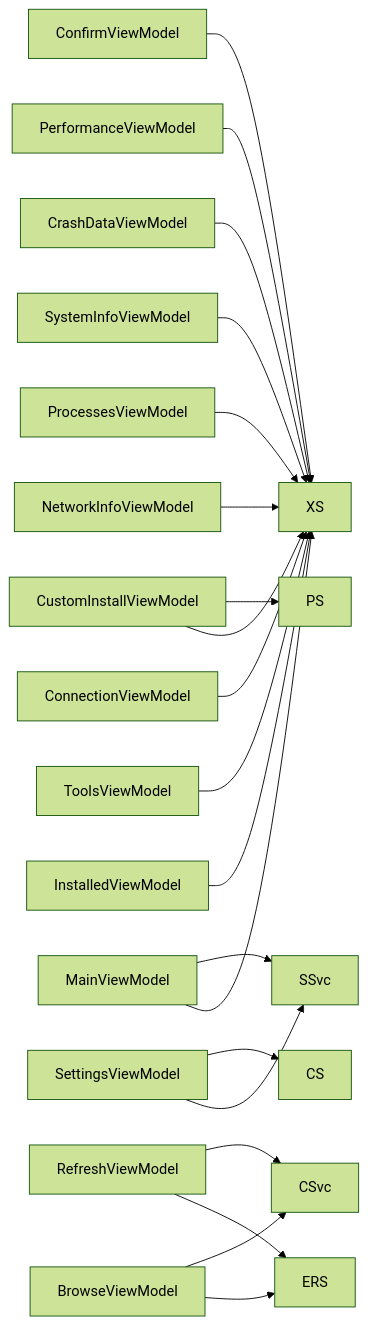
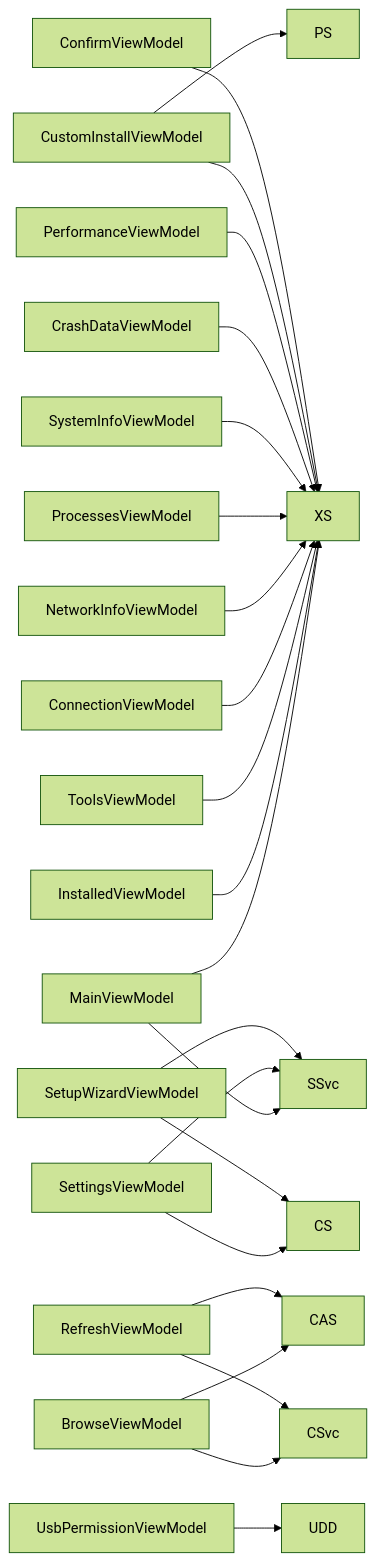
The fourth of 5 diagrams in docs/architecture.md (marcelofrau/xb-homebrew-vault), drawn with Mermaid (forest theme) before and after one commit. The commit also changed other lines of this file and 15 other files, not shown here.

````diff
--- a/docs/architecture.md
+++ b/docs/architecture.md
@@ -114,22 +146,25 @@
 ```mermaid
 graph LR
     MVM[MainViewModel] --> XS
     MVM --> SSvc
-    BVM[BrowseViewModel] --> ERS
+    BVM[BrowseViewModel] --> CAS
     BVM --> CSvc
     IVM[InstalledViewModel] --> XS
     SVM[SettingsViewModel] --> SSvc
     SVM --> CS
     TVM[ToolsViewModel] --> XS
     CVM[ConnectionViewModel] --> XS
     NIVM[NetworkInfoViewModel] --> XS
     PVM[ProcessesViewModel] --> XS
     SIVM[SystemInfoViewModel] --> XS
     CDVM[CrashDataViewModel] --> XS
     PerfVM[PerformanceViewModel] --> XS
-    RVM[RefreshViewModel] --> ERS
+    RVM[RefreshViewModel] --> CAS
     RVM --> CSvc
     CIWM[CustomInstallViewModel] --> XS
     CIWM --> PS
     ConfVM[ConfirmViewModel] --> XS
+    USBVM[UsbPermissionViewModel] --> UDD
+    SWVM[SetupWizardViewModel] --> SSvc
+    SWVM --> CS
 ```
````
